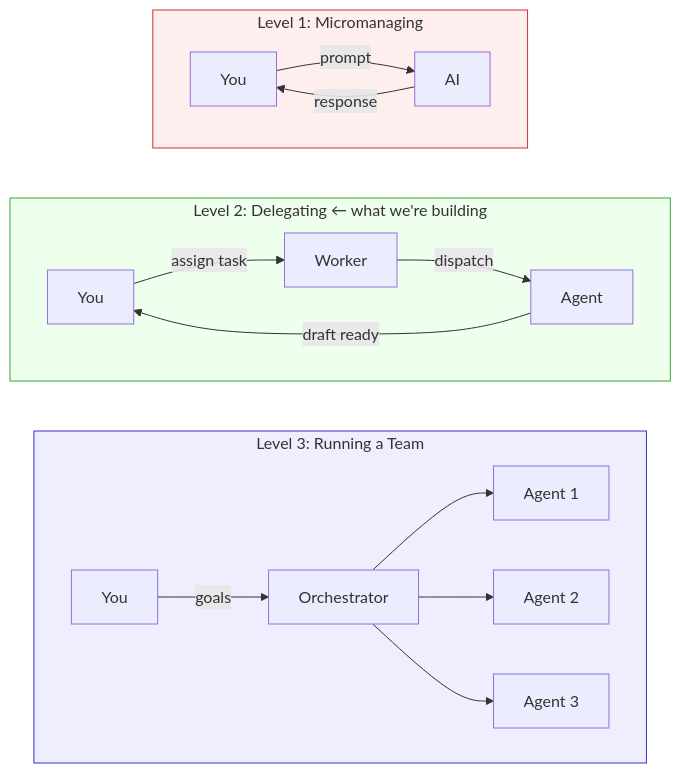
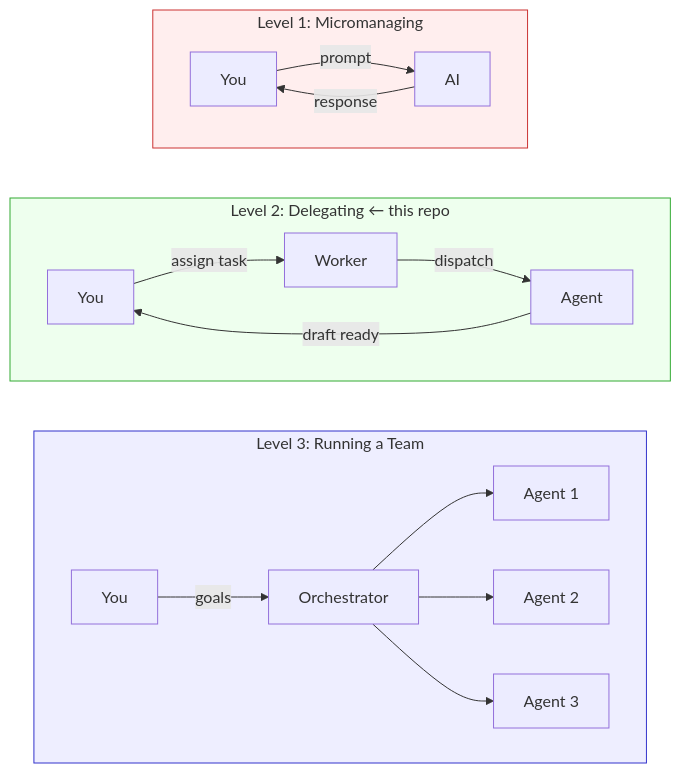
The first of 3 diagrams in docs/tutorial.md (owainlewis/agent-workers), drawn with Mermaid before and after one commit.

Commit message:
Shorten level 2 label to fix text overlap

````diff
--- a/docs/tutorial.md
+++ b/docs/tutorial.md
@@ -19,29 +19,29 @@
 ```mermaid
 graph TD
     subgraph L1["Level 1: Micromanaging"]
         direction LR
         A1["You"] -- "prompt" --> A2["AI"]
         A2 -- "response" --> A1
     end
 
-    subgraph L2["Level 2: Delegating ← what we're building"]
+    subgraph L2["Level 2: Delegating ← this repo"]
         direction LR
         B1["You"] -- "assign task" --> B2["Worker"]
         B2 -- "dispatch" --> B3["Agent"]
         B3 -- "draft ready" --> B1
     end
 
     subgraph L3["Level 3: Running a Team"]
         direction LR
         C1["You"] -- "goals" --> C2["Orchestrator"]
         C2 --> C3["Agent 1"]
         C2 --> C4["Agent 2"]
         C2 --> C5["Agent 3"]
     end
 
     L1 ~~~ L2 ~~~ L3
 
     style L1 fill:#fee,stroke:#c33
     style L2 fill:#efe,stroke:#3a3
     style L3 fill:#eef,stroke:#33c
 ```
````
